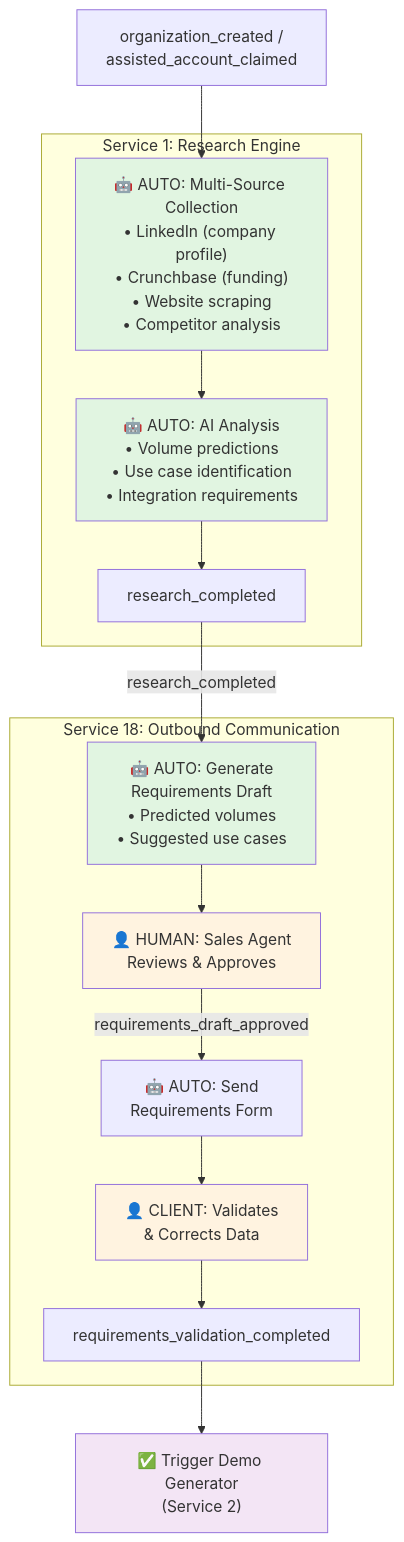
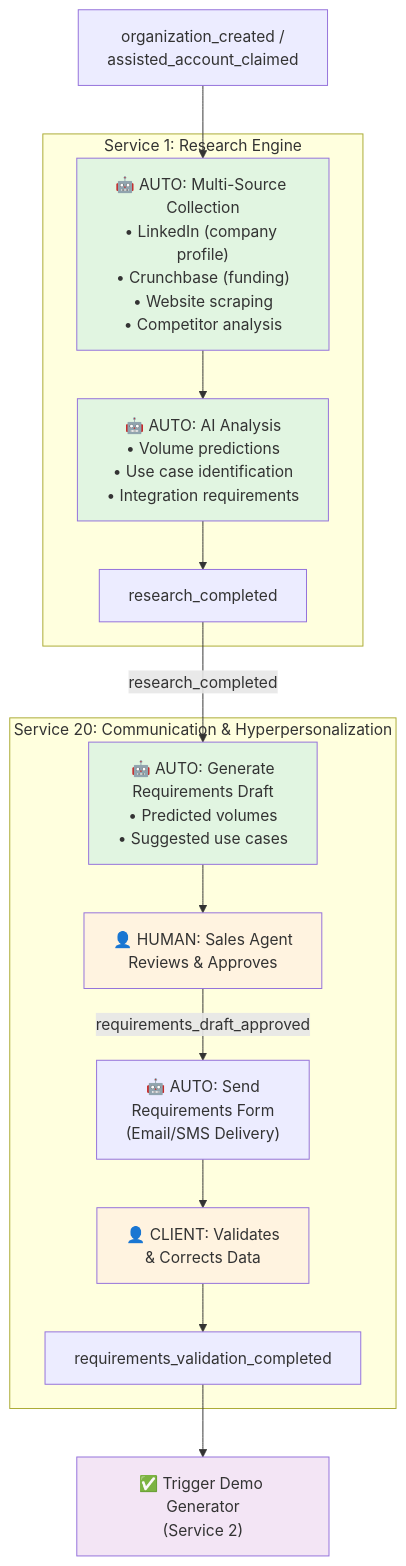
Before and after one commit to pupiltree/workflow-automation: the third of 13 diagrams in docs/workflows/WORKFLOW_DIAGRAMS.md, drawn with Mermaid. The commit also changed other lines of this file and 1 other file, not shown here.

````diff
--- a/docs/workflows/WORKFLOW_DIAGRAMS.md
+++ b/docs/workflows/WORKFLOW_DIAGRAMS.md
@@ -99,37 +100,37 @@
 ```mermaid
 flowchart TB
     Trigger["organization_created /<br/>assisted_account_claimed"]
 
     subgraph Service1["Service 1: Research Engine"]
         Collect["🤖 AUTO: Multi-Source Collection<br/>• LinkedIn (company profile)<br/>• Crunchbase (funding)<br/>• Website scraping<br/>• Competitor analysis"]
         Analyze["🤖 AUTO: AI Analysis<br/>• Volume predictions<br/>• Use case identification<br/>• Integration requirements"]
         Complete["research_completed"]
     end
 
-    subgraph Service18["Service 18: Outbound Communication"]
+    subgraph Service20["Service 20: Communication & Hyperpersonalization"]
         Draft["🤖 AUTO: Generate<br/>Requirements Draft<br/>• Predicted volumes<br/>• Suggested use cases"]
         HumanReview["👤 HUMAN: Sales Agent<br/>Reviews & Approves"]
-        SendForm["🤖 AUTO: Send<br/>Requirements Form"]
+        SendForm["🤖 AUTO: Send<br/>Requirements Form<br/>(Email/SMS Delivery)"]
         ClientValidate["👤 CLIENT: Validates<br/>& Corrects Data"]
         Validated["requirements_validation_completed"]
     end
 
     DemoTrigger["✅ Trigger Demo Generator<br/>(Service 2)"]
 
     Trigger --> Collect
     Collect --> Analyze
     Analyze --> Complete
     Complete -->|research_completed| Draft
     Draft --> HumanReview
     HumanReview -->|requirements_draft_approved| SendForm
     SendForm --> ClientValidate
     ClientValidate --> Validated
     Validated --> DemoTrigger
 
     style Collect fill:#e1f5e1
     style Analyze fill:#e1f5e1
     style Draft fill:#e1f5e1
     style HumanReview fill:#fff3e0
     style ClientValidate fill:#fff3e0
     style DemoTrigger fill:#f3e5f5
 ```
````
